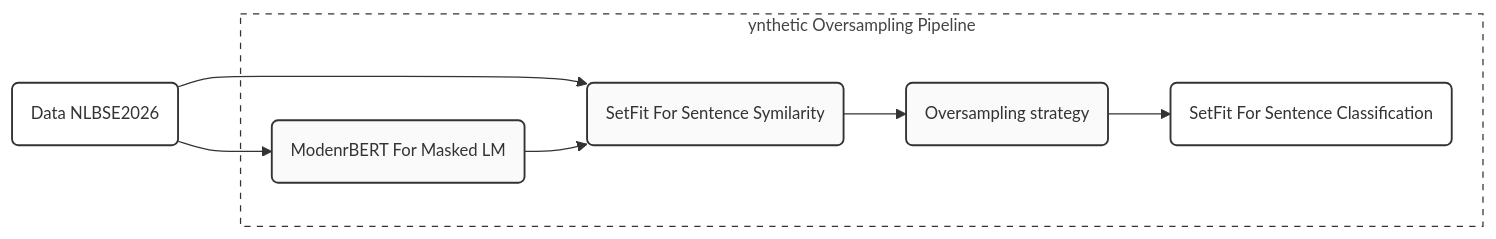
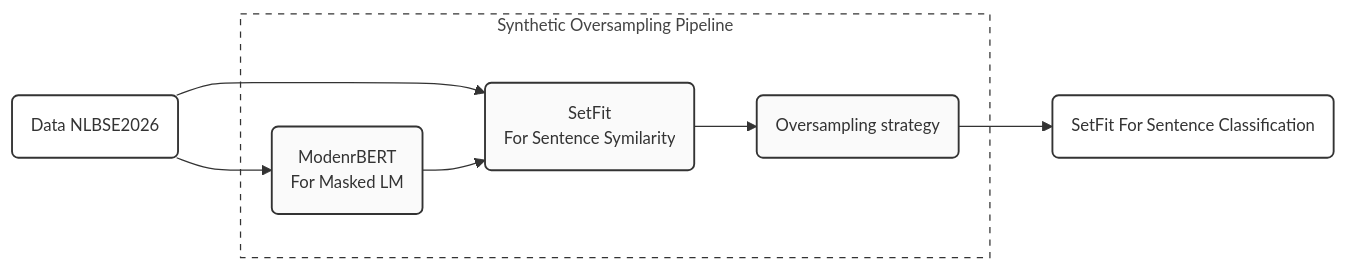
Before and after one commit to ThomBors/NLBSE2026: the diagram in README.md, drawn with Mermaid. The commit also changed other lines of this file and 1 other file, not shown here.

````diff
--- a/README.md
+++ b/README.md
@@ -19,21 +19,21 @@
 ```mermaid
 flowchart LR
     Data(Data NLBSE2026):::compext
-    subgraph app [ynthetic Oversampling Pipeline]
-        Generator(ModenrBERT For Masked LM):::comp
-        Augment(SetFit For Sentence Symilarity):::comp
+    subgraph app [Synthetic Oversampling Pipeline]
+        Generator(ModenrBERT \n For Masked LM):::comp
+        Augment(SetFit \n For Sentence Symilarity):::comp
         Balancer(Oversampling strategy):::comp
-	Classifier(SetFit For Sentence Classification):::compext
     end
+    Classifier(SetFit For Sentence Classification):::compext
     Data --> Generator
     Data --> Augment
     Generator --> Augment
     Augment --> Balancer
     Balancer --> Classifier
     classDef scope fill:#fff,stroke:#333,stroke-width:1px,stroke-dasharray: 5 5,color:#444,font-size:10pt;
     classDef comp fill:#fafafa,stroke:#333,stroke-width:1.5px,font-size:10pt;
     classDef compsub fill:#eee,stroke:#333,stroke-width:1.5px,font-size:10pt;
     classDef compext fill:#fff,stroke:#333,stroke-width:1.5px,font-size:10pt;
     classDef none fill:#fff,stroke:#fff,stroke-width:0px,font-size:0pt;
     class app scope
 ```
````
